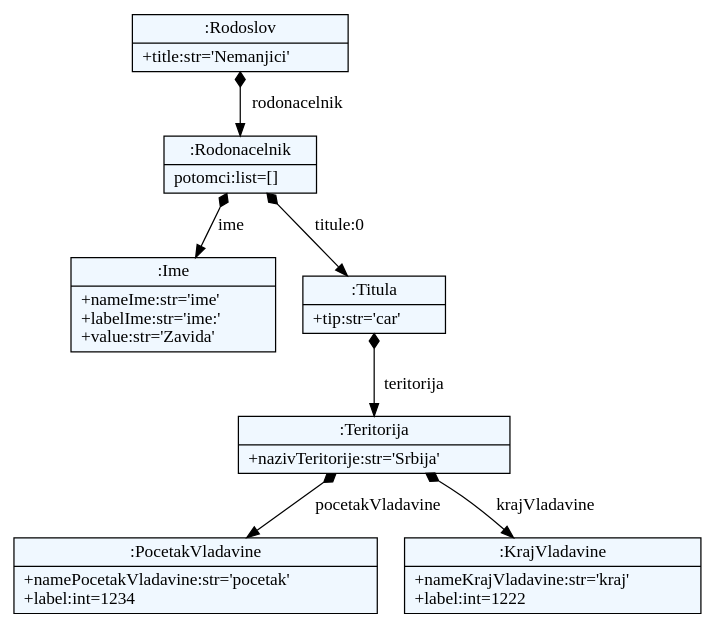
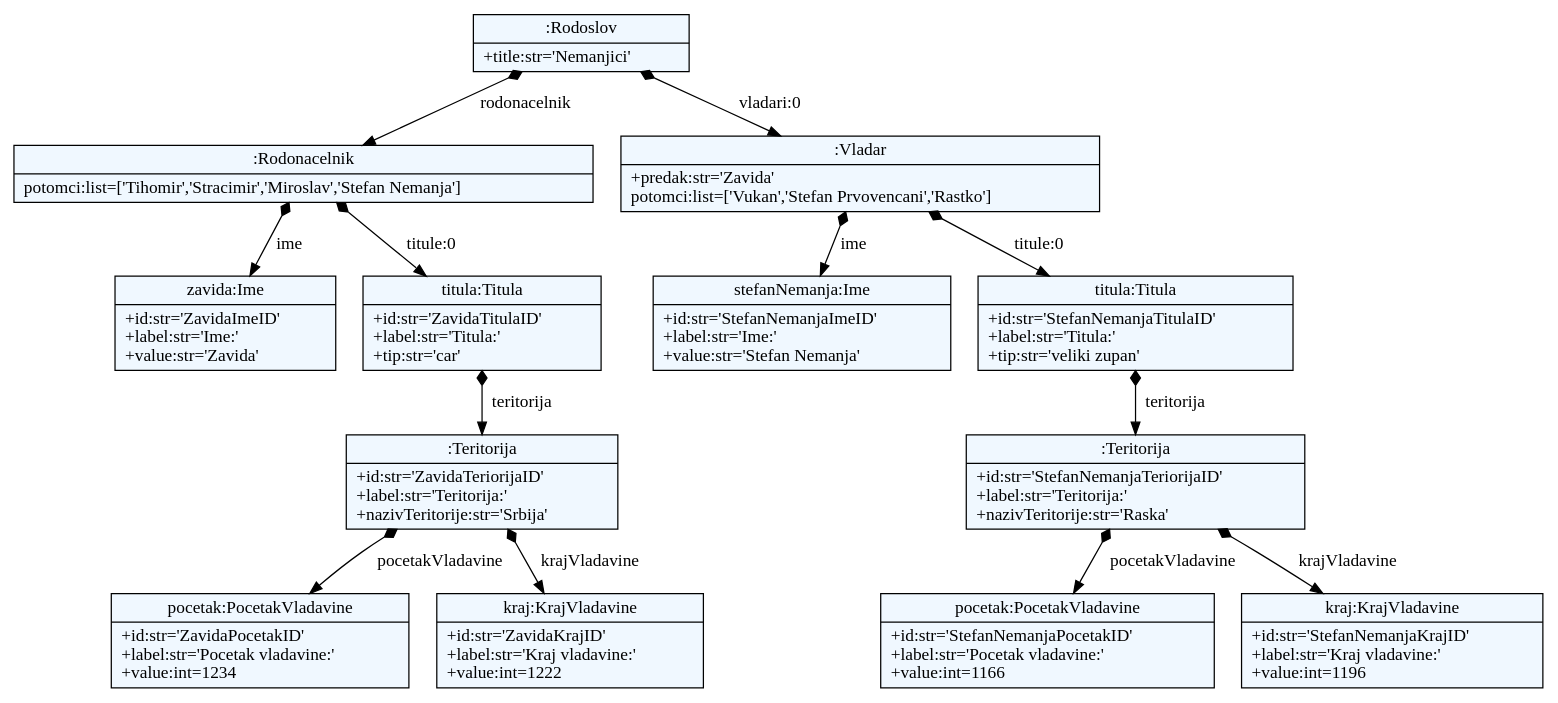
One commit to milenaL9/JSD_2017 changed the diagram in Projekat/forms/example.dot. Above: the diagram before and after it, drawn with Graphviz. The commit also changed 14 other files, not shown here.

```diff
--- a/Projekat/forms/example.dot
+++ b/Projekat/forms/example.dot
@@ -1,28 +1,40 @@
 
     digraph xtext {
     fontname = "Bitstream Vera Sans"
     fontsize = 8
     node[
         shape=record,
         style=filled,
         fillcolor=aliceblue
     ]
     nodesep = 0.3
     edge[dir=black,arrowtail=empty]
 
 
-68445128 -> 68518632 [label="rodonacelnik" arrowtail=diamond dir=both]
-68518632 -> 68518744 [label="ime" arrowtail=diamond dir=both]
-68518744[label="{:Ime|+nameIme:str='ime'\l+labelIme:str='ime:'\l+value:str='Zavida'\l}"]
-68518632 -> 68519024 [label="titule:0" arrowtail=diamond dir=both]
-68519024 -> 68519304 [label="teritorija" arrowtail=diamond dir=both]
-68519304 -> 68519528 [label="pocetakVladavine" arrowtail=diamond dir=both]
-68519528[label="{:PocetakVladavine|+namePocetakVladavine:str='pocetak'\l+label:int=1234\l}"]
-68519304 -> 68519584 [label="krajVladavine" arrowtail=diamond dir=both]
-68519584[label="{:KrajVladavine|+nameKrajVladavine:str='kraj'\l+label:int=1222\l}"]
-68519304[label="{:Teritorija|+nazivTeritorije:str='Srbija'\l}"]
-68519024[label="{:Titula|+tip:str='car'\l}"]
-68518632[label="{:Rodonacelnik|potomci:list=[]\l}"]
-68445128[label="{:Rodoslov|+title:str='Nemanjici'\l}"]
+1650405144616 -> 1650405257400 [label="rodonacelnik" arrowtail=diamond dir=both]
+1650405257400 -> 1650405257848 [label="ime" arrowtail=diamond dir=both]
+1650405257848[label="{zavida:Ime|+id:str='ZavidaImeID'\l+label:str='Ime:'\l+value:str='Zavida'\l}"]
+1650405257400 -> 1650405257960 [label="titule:0" arrowtail=diamond dir=both]
+1650405257960 -> 1650405258408 [label="teritorija" arrowtail=diamond dir=both]
+1650405258408 -> 1650405258576 [label="pocetakVladavine" arrowtail=diamond dir=both]
+1650405258576[label="{pocetak:PocetakVladavine|+id:str='ZavidaPocetakID'\l+label:str='Pocetak vladavine:'\l+value:int=1234\l}"]
+1650405258408 -> 1650405224912 [label="krajVladavine" arrowtail=diamond dir=both]
+1650405224912[label="{kraj:KrajVladavine|+id:str='ZavidaKrajID'\l+label:str='Kraj vladavine:'\l+value:int=1222\l}"]
+1650405258408[label="{:Teritorija|+id:str='ZavidaTeriorijaID'\l+label:str='Teritorija:'\l+nazivTeritorije:str='Srbija'\l}"]
+1650405257960[label="{titula:Titula|+id:str='ZavidaTitulaID'\l+label:str='Titula:'\l+tip:str='car'\l}"]
+1650405257400[label="{:Rodonacelnik|potomci:list=['Tihomir','Stracimir','Miroslav','Stefan Nemanja']\l}"]
+1650405144616 -> 1650405257456 [label="vladari:0" arrowtail=diamond dir=both]
+1650405257456 -> 1650405258352 [label="ime" arrowtail=diamond dir=both]
+1650405258352[label="{stefanNemanja:Ime|+id:str='StefanNemanjaImeID'\l+label:str='Ime:'\l+value:str='Stefan Nemanja'\l}"]
+1650405257456 -> 1650405258632 [label="titule:0" arrowtail=diamond dir=both]
+1650405258632 -> 1650405259080 [label="teritorija" arrowtail=diamond dir=both]
+1650405259080 -> 1650405259248 [label="pocetakVladavine" arrowtail=diamond dir=both]
+1650405259248[label="{pocetak:PocetakVladavine|+id:str='StefanNemanjaPocetakID'\l+label:str='Pocetak vladavine:'\l+value:int=1166\l}"]
+1650405259080 -> 1650405259304 [label="krajVladavine" arrowtail=diamond dir=both]
+1650405259304[label="{kraj:KrajVladavine|+id:str='StefanNemanjaKrajID'\l+label:str='Kraj vladavine:'\l+value:int=1196\l}"]
+1650405259080[label="{:Teritorija|+id:str='StefanNemanjaTeriorijaID'\l+label:str='Teritorija:'\l+nazivTeritorije:str='Raska'\l}"]
+1650405258632[label="{titula:Titula|+id:str='StefanNemanjaTitulaID'\l+label:str='Titula:'\l+tip:str='veliki zupan'\l}"]
+1650405257456[label="{:Vladar|+predak:str='Zavida'\lpotomci:list=['Vukan','Stefan Prvovencani','Rastko']\l}"]
+1650405144616[label="{:Rodoslov|+title:str='Nemanjici'\l}"]
 
 }
```
